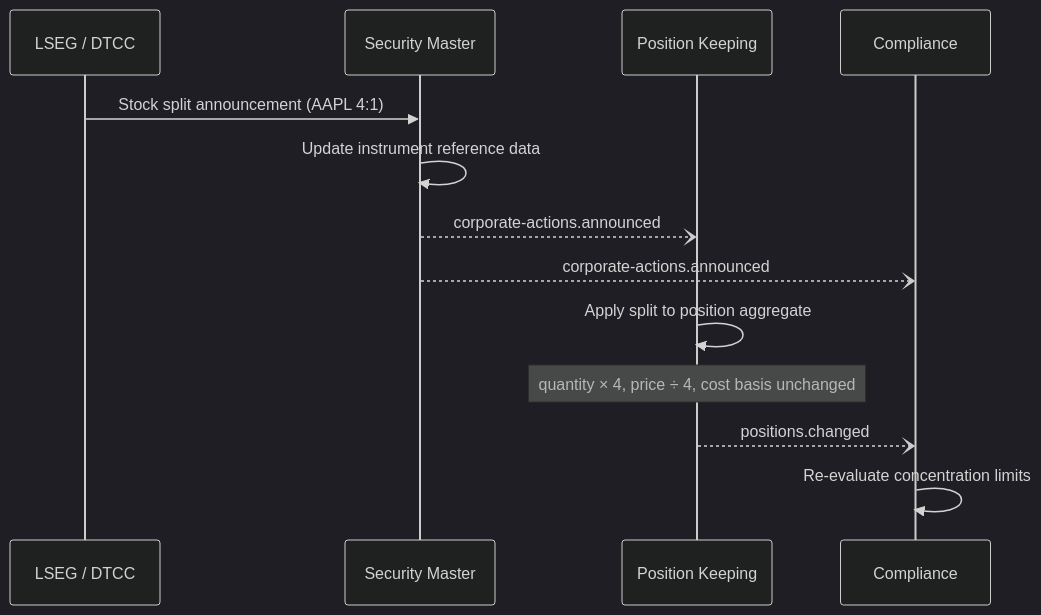
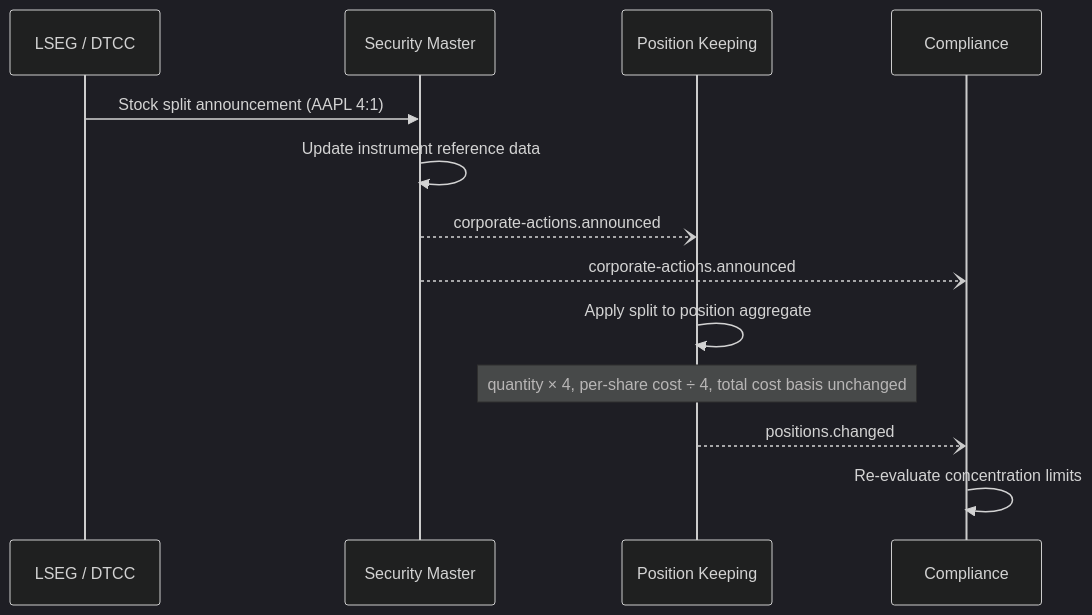
Before and after one commit to brunoprela/design: the fourth of 7 diagrams in systems/hedge-fund-desk/overview.md, drawn with Mermaid (dark theme). The commit also changed other lines of this file and 30 other files, not shown here.

````diff
--- a/systems/hedge-fund-desk/overview.md
+++ b/systems/hedge-fund-desk/overview.md
@@ -194,17 +194,17 @@
 ```mermaid
 sequenceDiagram
     participant SRC as LSEG / DTCC
     participant SM as Security Master
     participant POS as Position Keeping
     participant COMP as Compliance
 
     SRC->>SM: Stock split announcement (AAPL 4:1)
     SM->>SM: Update instrument reference data
     SM--)POS: corporate-actions.announced
     SM--)COMP: corporate-actions.announced
 
     POS->>POS: Apply split to position aggregate
-    Note over POS: quantity × 4, price ÷ 4, cost basis unchanged
+    Note over POS: quantity × 4, per-share cost ÷ 4, total cost basis unchanged
     POS--)COMP: positions.changed
     COMP->>COMP: Re-evaluate concentration limits
 ```
````
